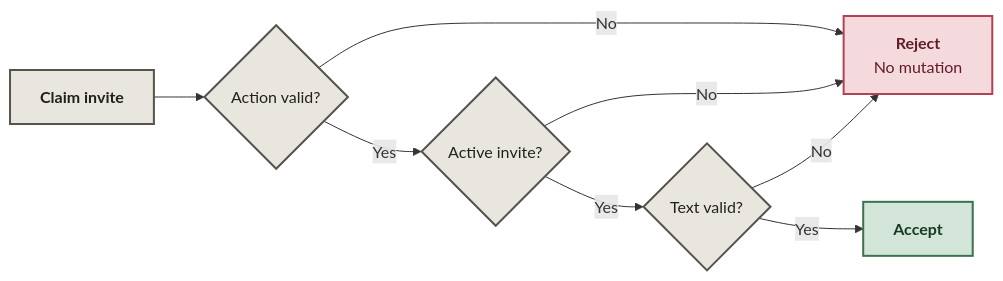
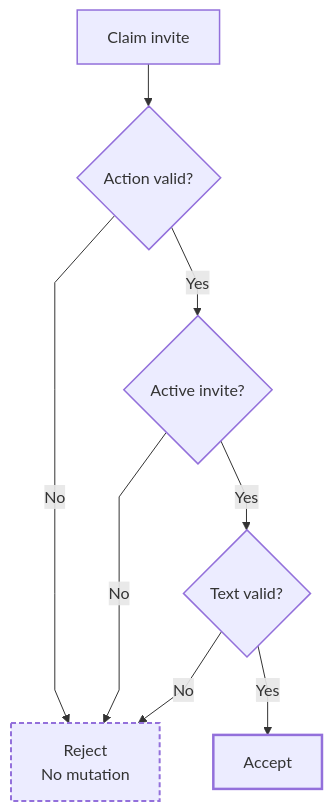
Before and after one commit to Niyam-Paneru/relic-zero: the first of 2 diagrams in README.md, drawn with Mermaid. The commit also changed other lines of this file, not shown here.

Commit message:
Improve Mermaid layout and light-dark theme readability

````diff
--- a/README.md
+++ b/README.md
@@ -13,16 +13,25 @@
 ```mermaid
-flowchart LR
-    A["<b>Claim invite</b>"] --> B{"Action valid?"}
-    B -- No --> R["<b>Reject</b><br/>No mutation"]
+---
+config:
+  flowchart:
+    curve: linear
+    nodeSpacing: 28
+    rankSpacing: 42
+---
+flowchart TB
+    accTitle: Validation: refuse before the first mutation
+    accDescr: Decision flow for validation: refuse before the first mutation.
+    A["Claim invite"] --> B{"Action valid?"}
+    B -- No --> R["Reject<br/>No mutation"]
     B -- Yes --> C{"Active invite?"}
     C -- No --> R
     C -- Yes --> D{"Text valid?"}
     D -- No --> R
-    D -- Yes --> E["<b>Accept</b>"]
-    classDef input fill:#e8e6df,stroke:#55534a,color:#20201d,stroke-width:2px;
-    classDef pass fill:#d2e5d8,stroke:#38734d,color:#183923,stroke-width:2px;
-    classDef stop fill:#f4dadd,stroke:#b14253,color:#611c29,stroke-width:2px;
+    D -- Yes --> E["Accept"]
+    classDef input stroke-width:1.5px;
+    classDef pass stroke-width:2.5px;
+    classDef stop stroke-width:2px,stroke-dasharray:5 3;
     class A,B,C,D input;
     class E pass;
     class R stop;
 ```
````
